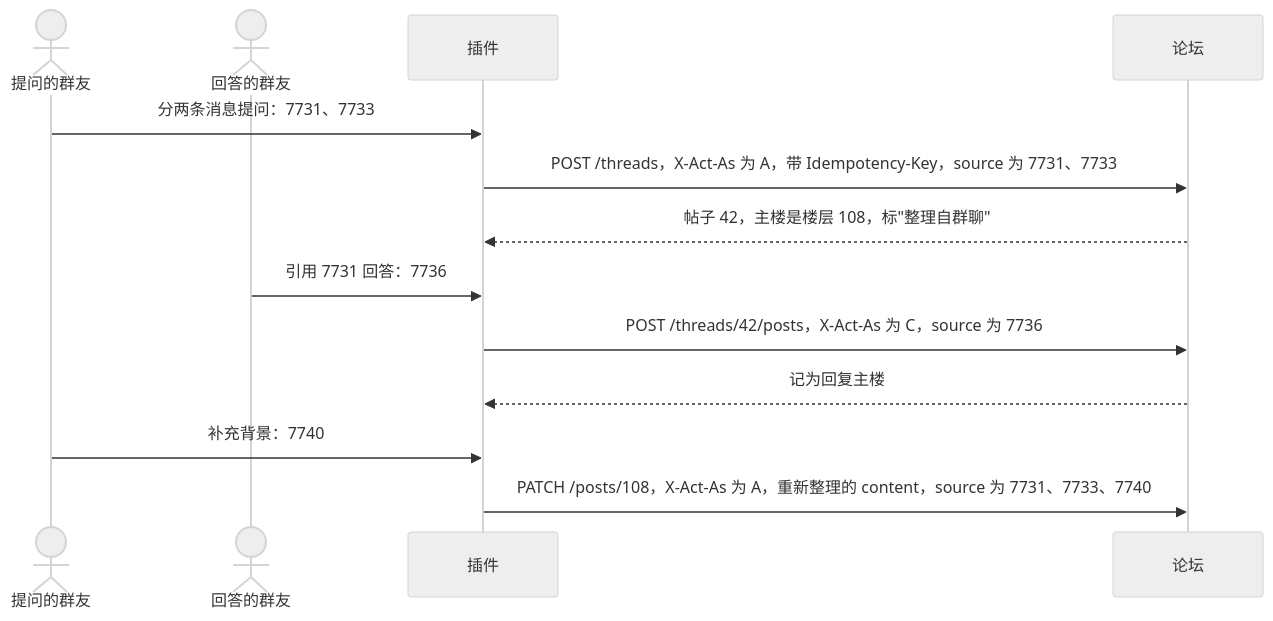
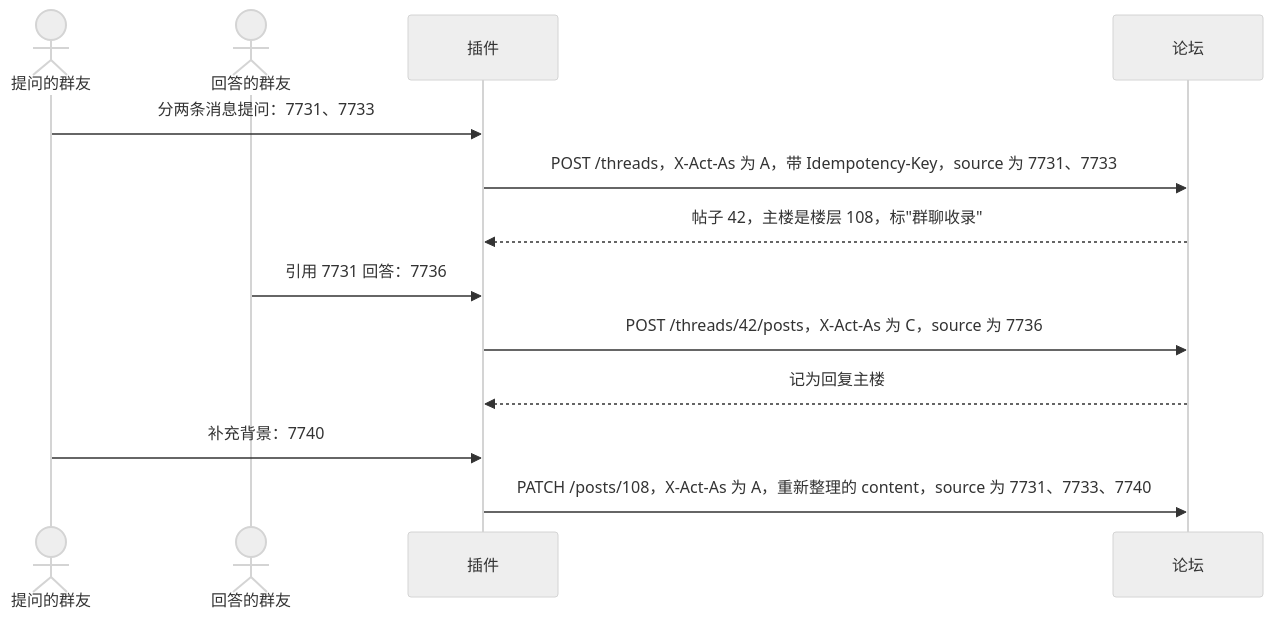
One commit to mousebaoyan/mousehole changed the third of 4 diagrams in docs/api.md. Above: the diagram before and after it, drawn with Mermaid (neutral theme). The commit also changed other lines of this file and 19 other files, not shown here.

````diff
--- a/docs/api.md
+++ b/docs/api.md
@@ -566,15 +572,15 @@
 ```mermaid
 sequenceDiagram
     actor A as 提问的群友
     actor C as 回答的群友
     participant P as 插件
     participant F as 论坛
     A->>P: 分两条消息提问：7731、7733
     P->>F: POST /threads，X-Act-As 为 A，带 Idempotency-Key，source 为 7731、7733
-    F-->>P: 帖子 42，主楼是楼层 108，标"整理自群聊"
+    F-->>P: 帖子 42，主楼是楼层 108，标"群聊收录"
     C->>P: 引用 7731 回答：7736
     P->>F: POST /threads/42/posts，X-Act-As 为 C，source 为 7736
     F-->>P: 记为回复主楼
     A->>P: 补充背景：7740
     P->>F: PATCH /posts/108，X-Act-As 为 A，重新整理的 content，source 为 7731、7733、7740
 ```
````
